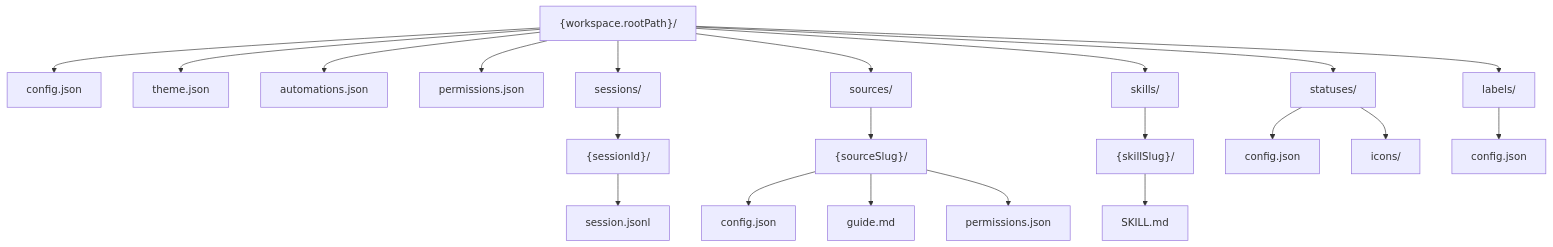
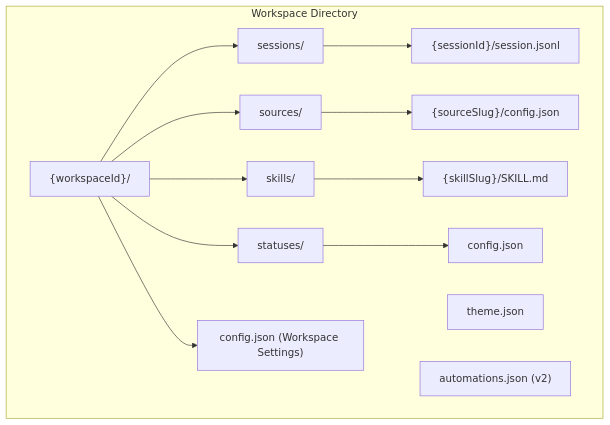
One commit to blackcater/zentree changed the second of 4 diagrams in docs/lukilabs_craft-agents-oss/architecture/storage-and-configuration.md. Above: the diagram before and after it, drawn with Mermaid. The commit also changed other lines of this file and 232 other files, not shown here.

````diff
--- a/docs/lukilabs_craft-agents-oss/architecture/storage-and-configuration.md
+++ b/docs/lukilabs_craft-agents-oss/architecture/storage-and-configuration.md
@@ -250,37 +127,27 @@
 ```mermaid
-graph TB
-    Workspace["{workspace.rootPath}/"]
+graph TD
+    subgraph "Workspace Directory"
+        WS_ROOT["{workspaceId}/"]
+        WS_CONFIG["config.json (Workspace Settings)"]
+        WS_THEME["theme.json"]
+        WS_AUTO["automations.json (v2)"]
+        
+        SESSIONS_DIR["sessions/"]
+        SESSIONS_DIR --> S1["{sessionId}/session.jsonl"]
+        
+        SOURCES_DIR["sources/"]
+        SOURCES_DIR --> SRC1["{sourceSlug}/config.json"]
+        
+        SKILLS_DIR["skills/"]
+        SKILLS_DIR --> SKL1["{skillSlug}/SKILL.md"]
+        
+        STATUS_DIR["statuses/"]
+        STATUS_DIR --> ST_CONFIG["config.json"]
+    end
 
-    WsConfig["config.json"]
-    WsTheme["theme.json"]
-    WsAutomations["automations.json"]
-    WsPermissions["permissions.json"]
-
-    Sessions["sessions/"]
-    Sources["sources/"]
-    Skills["skills/"]
-    Statuses["statuses/"]
-    Labels["labels/"]
-
-    Workspace --> WsConfig
-    Workspace --> WsTheme
-    Workspace --> WsAutomations
-    Workspace --> WsPermissions
-    Workspace --> Sessions
-    Workspace --> Sources
-    Workspace --> Skills
-    Workspace --> Statuses
-    Workspace --> Labels
-
-    Sessions --> SessionDir["{sessionId}/"]
-    SessionDir --> SessionJsonl["session.jsonl"]
-    Sources --> SourceDir["{sourceSlug}/"]
-    SourceDir --> SourceConfig["config.json"]
-    SourceDir --> SourceGuide["guide.md"]
-    SourceDir --> SourcePerms["permissions.json"]
-    Skills --> SkillDir["{skillSlug}/"]
-    SkillDir --> SkillFile["SKILL.md"]
-    Statuses --> StatusConfig["config.json"]
-    Statuses --> StatusIcons["icons/"]
-    Labels --> LabelConfig["config.json"]
+    WS_ROOT --> WS_CONFIG
+    WS_ROOT --> SESSIONS_DIR
+    WS_ROOT --> SOURCES_DIR
+    WS_ROOT --> SKILLS_DIR
+    WS_ROOT --> STATUS_DIR
 ```
````
